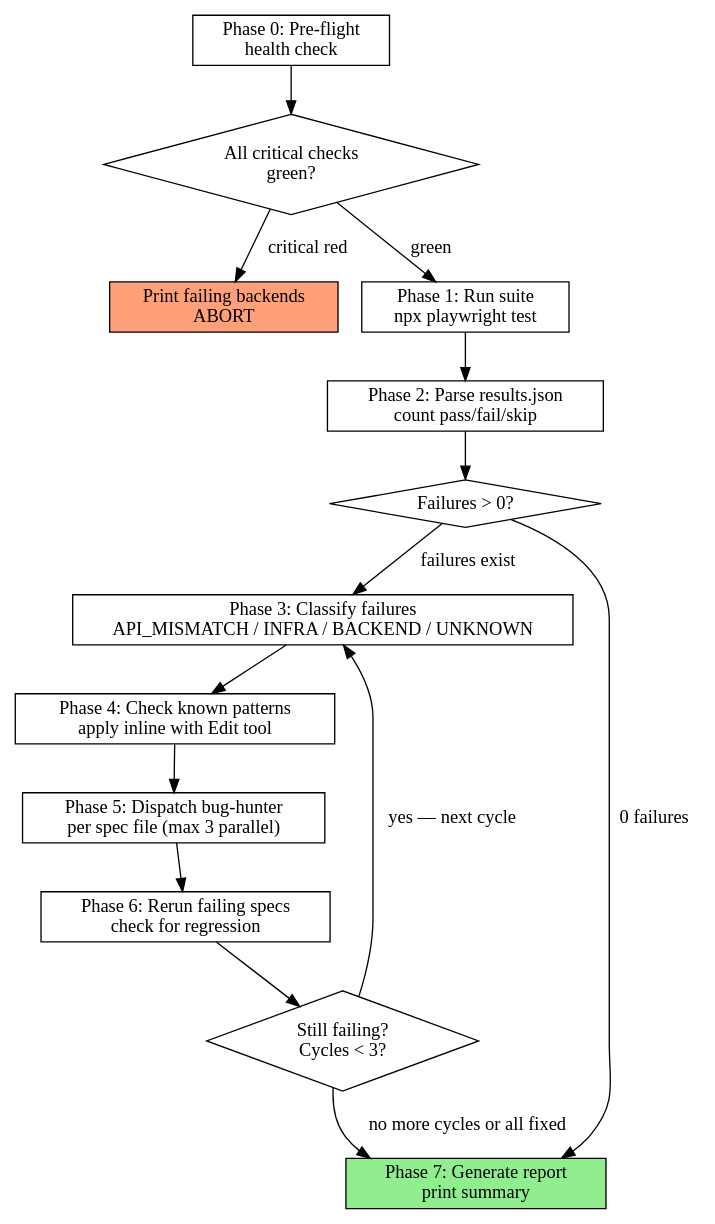
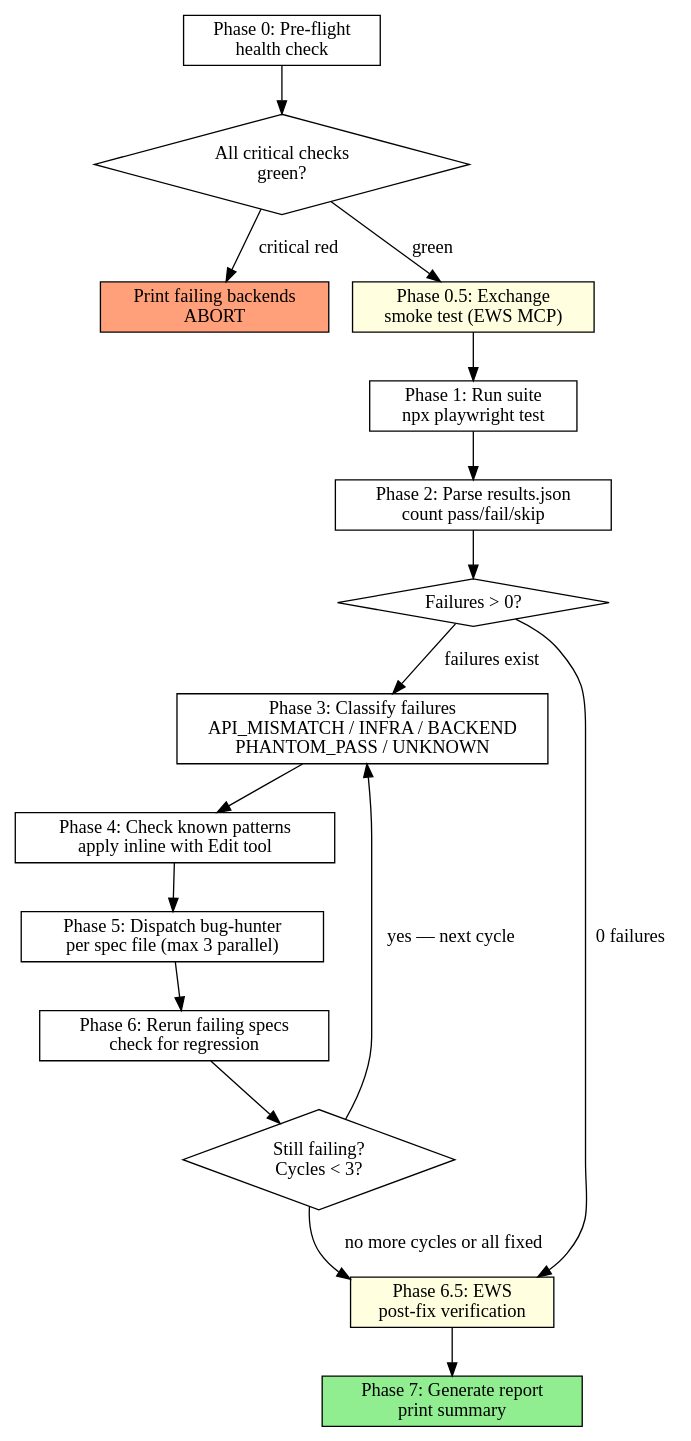
One commit to microsoft/amplifier changed the diagram in .claude/commands/test-verified.md. Above: the diagram before and after it, drawn with Graphviz. The commit also changed other lines of this file, not shown here.

First line of the commit message:
feat: integrate Exchange EWS MCP into /test-verified pipeline

````diff
--- a/.claude/commands/test-verified.md
+++ b/.claude/commands/test-verified.md
@@ -29,32 +29,36 @@
 ```dot
 digraph test_verified {
   rankdir=TB;
 
   "preflight"    [label="Phase 0: Pre-flight\nhealth check" shape=box];
   "health_ok"    [label="All critical checks\ngreen?" shape=diamond];
   "abort"        [label="Print failing backends\nABORT" shape=box style=filled fillcolor=lightsalmon];
+  "ews_smoke"    [label="Phase 0.5: Exchange\nsmoke test (EWS MCP)" shape=box style=filled fillcolor=lightyellow];
   "run_suite"    [label="Phase 1: Run suite\nnpx playwright test" shape=box];
   "parse"        [label="Phase 2: Parse results.json\ncount pass/fail/skip" shape=box];
   "any_fail"     [label="Failures > 0?" shape=diamond];
-  "classify"     [label="Phase 3: Classify failures\nAPI_MISMATCH / INFRA / BACKEND / UNKNOWN" shape=box];
+  "classify"     [label="Phase 3: Classify failures\nAPI_MISMATCH / INFRA / BACKEND\nPHANTOM_PASS / UNKNOWN" shape=box];
   "patterns"     [label="Phase 4: Check known patterns\napply inline with Edit tool" shape=box];
   "agents"       [label="Phase 5: Dispatch bug-hunter\nper spec file (max 3 parallel)" shape=box];
   "rerun"        [label="Phase 6: Rerun failing specs\ncheck for regression" shape=box];
   "cycle_check"  [label="Still failing?\nCycles < 3?" shape=diamond];
+  "ews_verify"   [label="Phase 6.5: EWS\npost-fix verification" shape=box style=filled fillcolor=lightyellow];
   "report"       [label="Phase 7: Generate report\nprint summary" shape=box style=filled fillcolor=lightgreen];
 
   "preflight"   -> "health_ok";
-  "health_ok"   -> "abort"     [label="critical red"];
-  "health_ok"   -> "run_suite" [label="green"];
+  "health_ok"   -> "abort"      [label="critical red"];
+  "health_ok"   -> "ews_smoke"  [label="green"];
+  "ews_smoke"   -> "run_suite";
   "run_suite"   -> "parse";
   "parse"       -> "any_fail";
-  "any_fail"    -> "report"    [label="0 failures"];
-  "any_fail"    -> "classify"  [label="failures exist"];
+  "any_fail"    -> "ews_verify" [label="0 failures"];
+  "any_fail"    -> "classify"   [label="failures exist"];
   "classify"    -> "patterns";
   "patterns"    -> "agents";
   "agents"      -> "rerun";
   "rerun"       -> "cycle_check";
-  "cycle_check" -> "classify"  [label="yes — next cycle"];
-  "cycle_check" -> "report"    [label="no more cycles or all fixed"];
+  "cycle_check" -> "classify"   [label="yes — next cycle"];
+  "cycle_check" -> "ews_verify" [label="no more cycles or all fixed"];
+  "ews_verify"  -> "report";
 }
 ```
````
